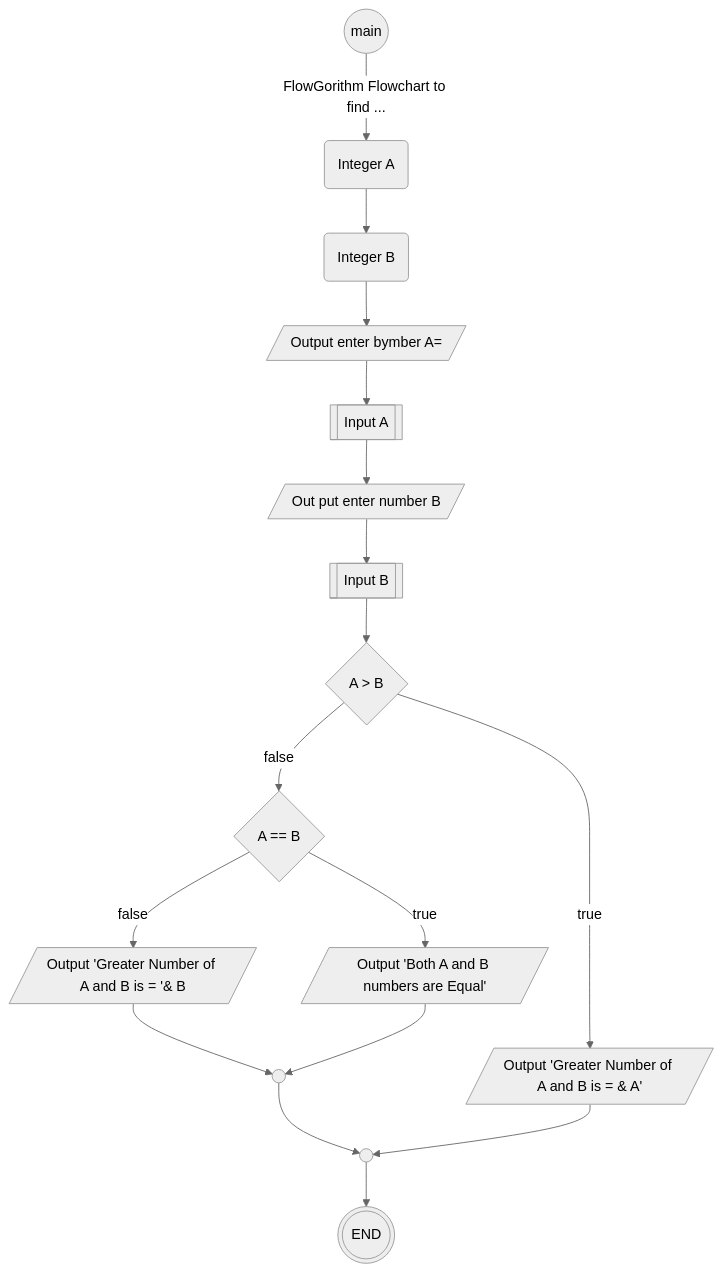
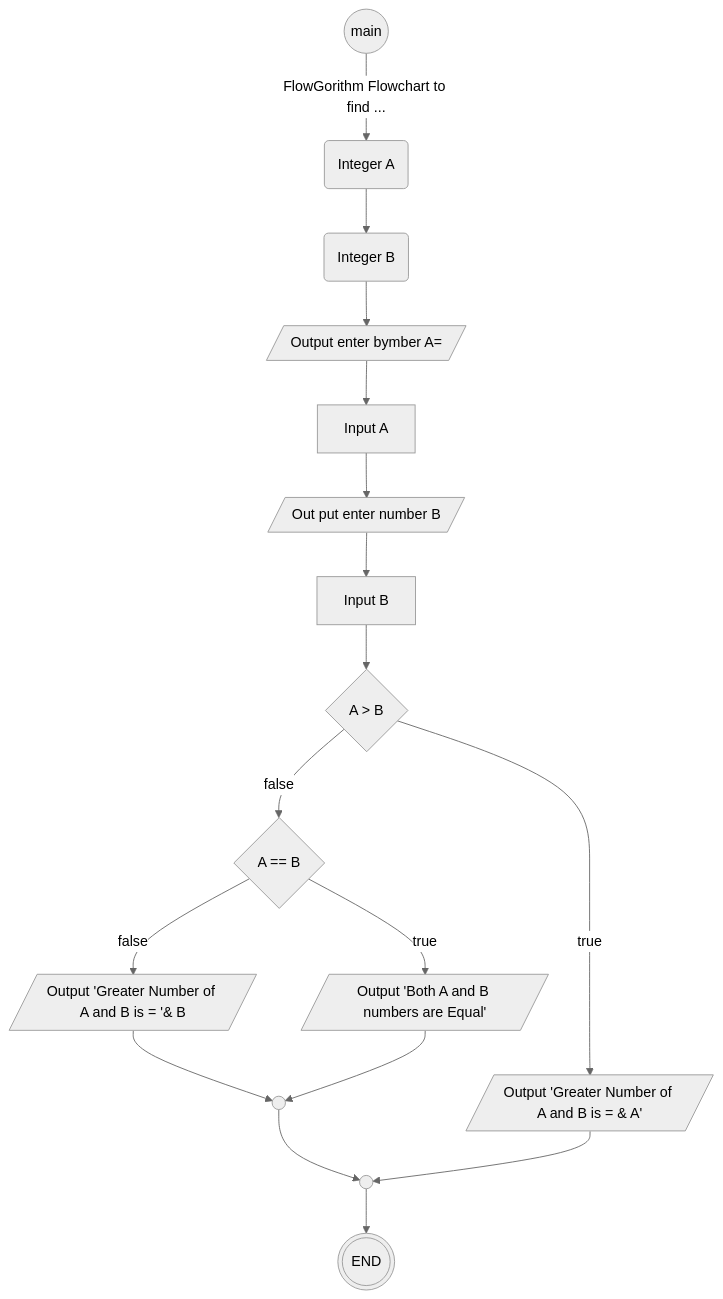
One commit to dangxuanloc/mermaid-diagram changed the diagram in Chart.md. Above: the diagram before and after it, drawn with Mermaid (neutral theme).

````diff
--- a/Chart.md
+++ b/Chart.md
@@ -1,20 +1,20 @@
 ```mermaid
 flowchart TD
     m((main)) -->
     |FlowGorithm Flowchart to find ...| A(Integer A)
     -->B(Integer B)
     -->bh1[/Output enter bymber A=/]
-    -->bh2[[Input A]]
+    -->bh2[Input A]
     -->bh3[/Out put enter number B/]
-    -->bh4[[Input B]]
+    -->bh4[Input B]
     -->condition1{A > B}
     condition1-->|false|condition2{A == B}
     condition1-->|true|bh5[/Output 'Greater Number of A and B is = & A'/]
     condition2-->|false|bh6[/Output 'Greater Number of A and B is = '& B/]
     condition2-->|true|bh7[/Output 'Both A and B numbers are Equal'/]
     bh6-->id1(( ))
     bh7-->id1(( ))
     id1-->id2(((End)))
     bh5-->id2(( ))
     id2-->id3(((END)))
 ```
````
